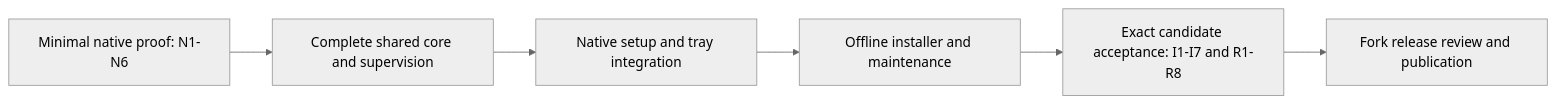
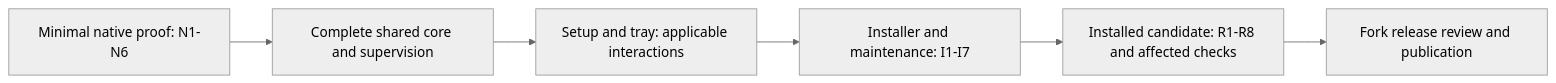
Before and after one commit to dapih/Calibre-Web-NextGen: the diagram in docs/install/windows-native-specification.md, drawn with Mermaid (neutral theme). The commit also changed other lines of this file and 91 other files, not shown here.

````diff
--- a/docs/install/windows-native-specification.md
+++ b/docs/install/windows-native-specification.md
@@ -88,8 +90,8 @@
 ```mermaid
 flowchart LR
     P[Minimal native proof: N1-N6] --> C[Complete shared core and supervision]
-    C --> U[Native setup and tray integration]
-    U --> I[Offline installer and maintenance]
-    I --> A[Exact candidate acceptance: I1-I7 and R1-R8]
+    C --> U[Setup and tray: applicable interactions]
+    U --> I[Installer and maintenance: I1-I7]
+    I --> A[Installed candidate: R1-R8 and affected checks]
     A --> D[Fork release review and publication]
 ```
````
